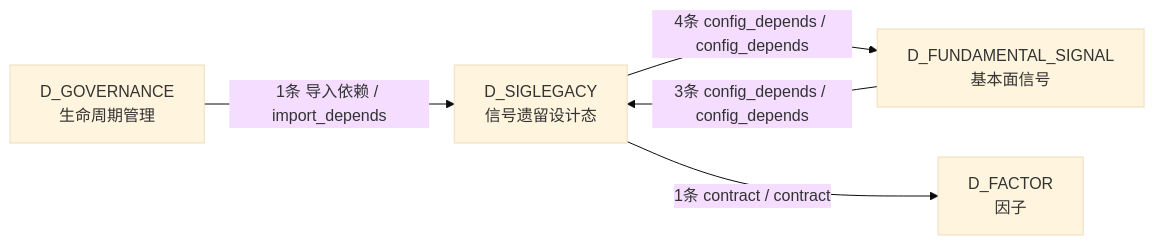
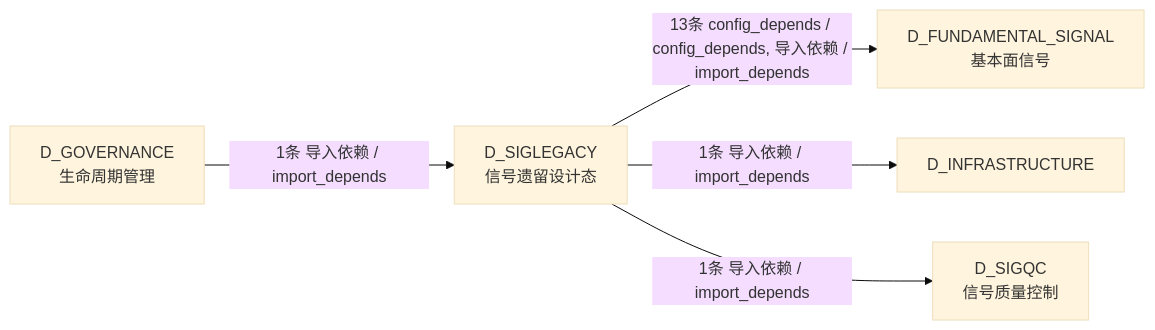
One commit to xuanFelixVan/ZephyrAlpha changed the third of 3 diagrams in docs/02_enterprise_architecture/02_domain_architecture_docs/63_d_siglegacy.md. Above: the diagram before and after it, drawn with Mermaid (base theme). The commit also changed other lines of this file and 126 other files, not shown here.

````diff
--- a/docs/02_enterprise_architecture/02_domain_architecture_docs/63_d_siglegacy.md
+++ b/docs/02_enterprise_architecture/02_domain_architecture_docs/63_d_siglegacy.md
@@ -199,11 +222,12 @@
 ```mermaid
 graph LR
     D_SIGLEGACY["D_SIGLEGACY<br/>信号遗留设计态"]
     D_FUNDAMENTAL_SIGNAL["D_FUNDAMENTAL_SIGNAL<br/>基本面信号"]
-    D_FACTOR["D_FACTOR<br/>因子"]
+    D_INFRASTRUCTURE["D_INFRASTRUCTURE"]
+    D_SIGQC["D_SIGQC<br/>信号质量控制"]
     D_GOVERNANCE["D_GOVERNANCE<br/>生命周期管理"]
-    D_SIGLEGACY -->|4条 config_depends / config_depends| D_FUNDAMENTAL_SIGNAL
-    D_SIGLEGACY -->|1条 contract / contract| D_FACTOR
-    D_FUNDAMENTAL_SIGNAL -->|3条 config_depends / config_depends| D_SIGLEGACY
+    D_SIGLEGACY -->|13条 config_depends / config_depends, 导入依赖 / import_depends| D_FUNDAMENTAL_SIGNAL
+    D_SIGLEGACY -->|1条 导入依赖 / import_depends| D_INFRASTRUCTURE
+    D_SIGLEGACY -->|1条 导入依赖 / import_depends| D_SIGQC
     D_GOVERNANCE -->|1条 导入依赖 / import_depends| D_SIGLEGACY
 ```
````
